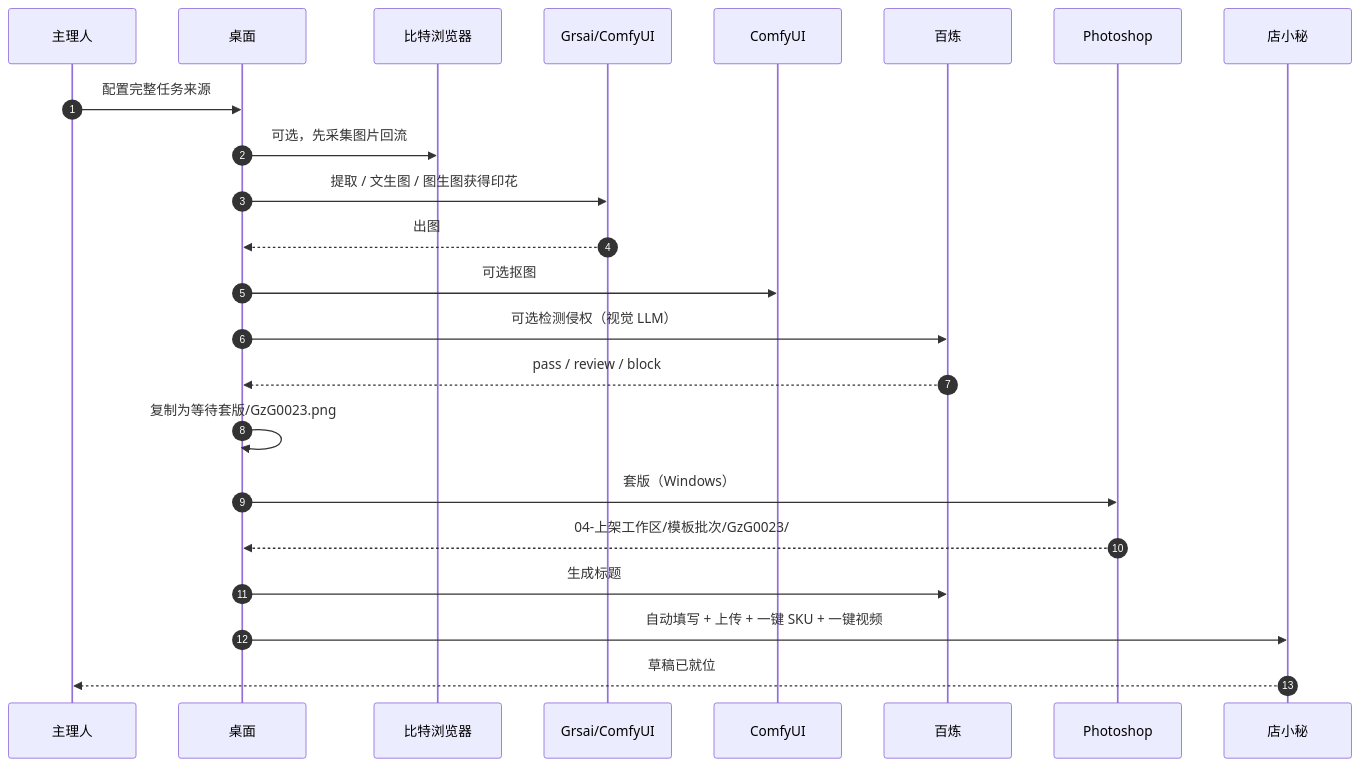
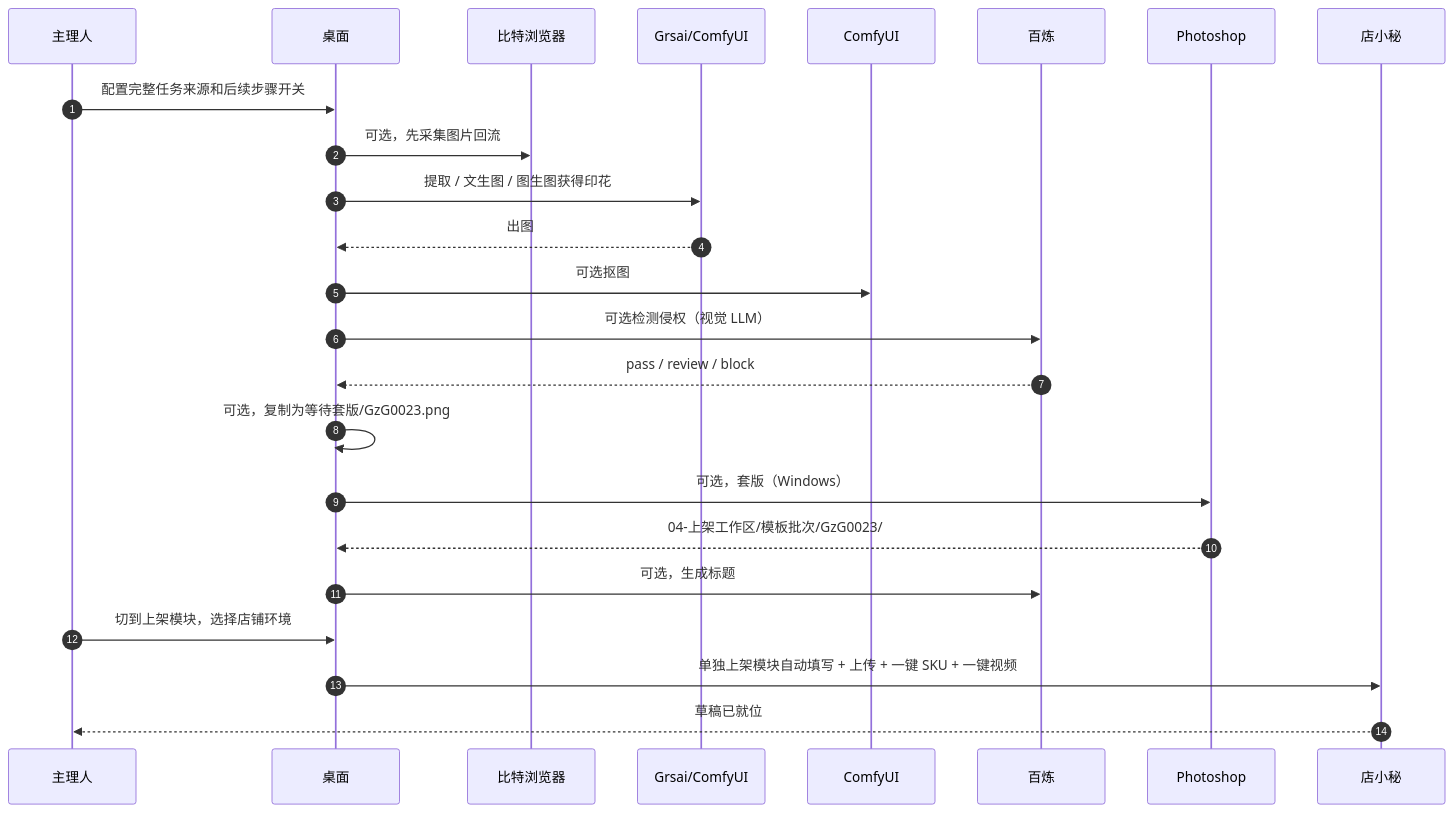
The second of 4 diagrams in docs/PROJECT_TOUR.md (axgiroud312-byte/tengyu-aipod), drawn with Mermaid before and after one commit. The commit also changed other lines of this file and 19 other files, not shown here.

````diff
--- a/docs/PROJECT_TOUR.md
+++ b/docs/PROJECT_TOUR.md
@@ -84,17 +84,18 @@
 ```mermaid
 sequenceDiagram
     autonumber
-    主理人->>桌面: 配置完整任务来源
+    主理人->>桌面: 配置完整任务来源和后续步骤开关
     桌面->>比特浏览器: 可选，先采集图片回流
     桌面->>Grsai/ComfyUI: 提取 / 文生图 / 图生图获得印花
     Grsai/ComfyUI-->>桌面: 出图
     桌面->>ComfyUI: 可选抠图
     桌面->>百炼: 可选检测侵权（视觉 LLM）
     百炼-->>桌面: pass / review / block
-    桌面->>桌面: 复制为等待套版/GzG0023.png
-    桌面->>Photoshop: 套版（Windows）
+    桌面->>桌面: 可选，复制为等待套版/GzG0023.png
+    桌面->>Photoshop: 可选，套版（Windows）
     Photoshop-->>桌面: 04-上架工作区/模板批次/GzG0023/
-    桌面->>百炼: 生成标题
-    桌面->>店小秘: 自动填写 + 上传 + 一键 SKU + 一键视频
+    桌面->>百炼: 可选，生成标题
+    主理人->>桌面: 切到上架模块，选择店铺环境
+    桌面->>店小秘: 单独上架模块自动填写 + 上传 + 一键 SKU + 一键视频
     店小秘-->>主理人: 草稿已就位
 ```
````
